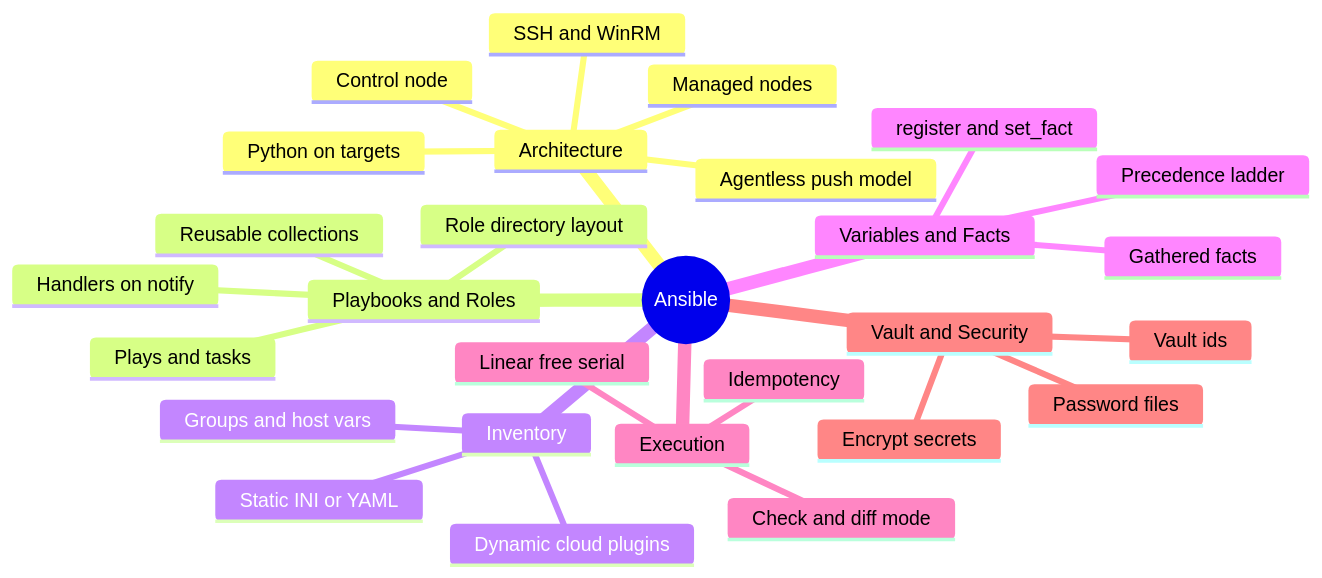
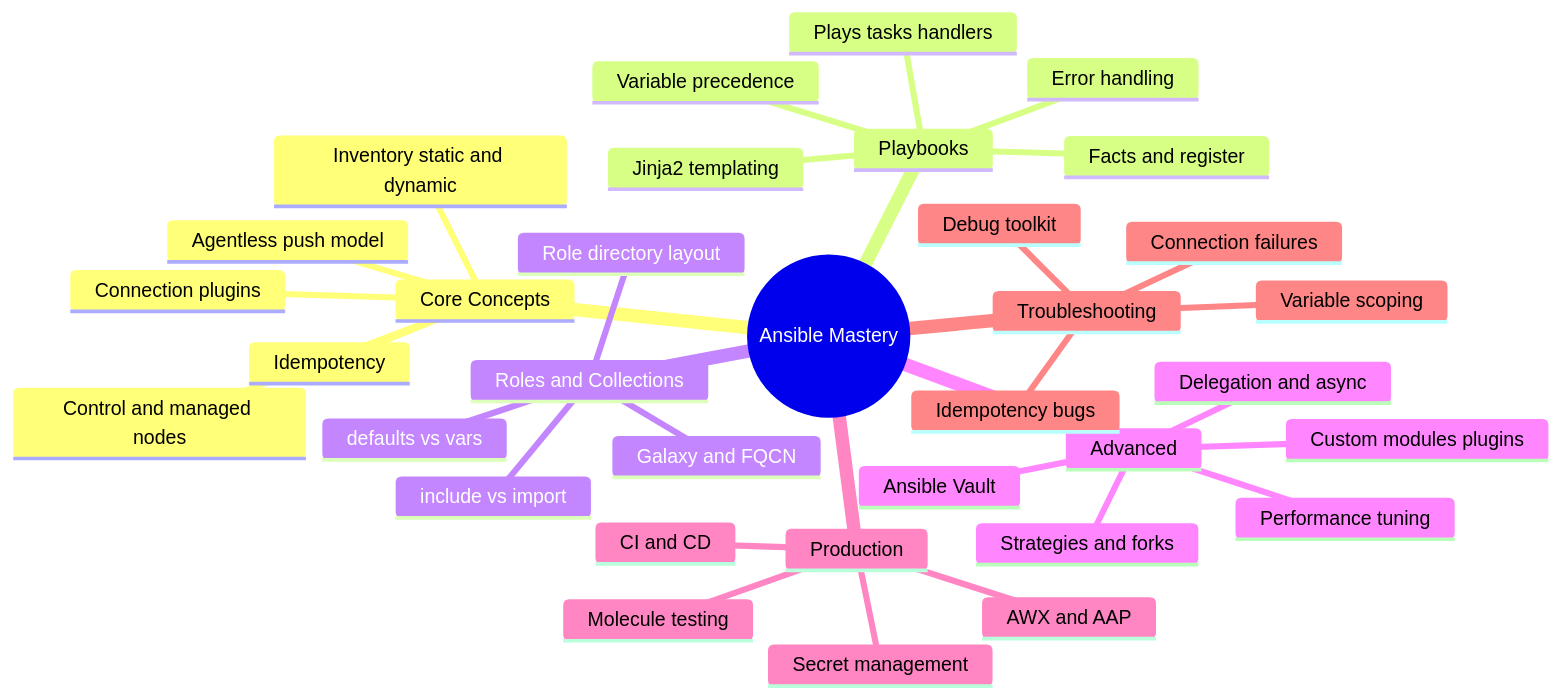
The diagram in ansible/README.md (rakesh-budde/devops-guide), drawn with Mermaid before and after one commit. The commit also changed other lines of this file and 127 other files, not shown here.

````diff
--- a/ansible/README.md
+++ b/ansible/README.md
@@ -26,31 +13,37 @@
 ```mermaid
 mindmap
-  root((Ansible))
-    Architecture
+  root((Ansible Mastery))
+    Core Concepts
       Agentless push model
-      Control node
-      Managed nodes
-      SSH and WinRM
-      Python on targets
-    Playbooks and Roles
-      Plays and tasks
-      Handlers on notify
+      Control and managed nodes
+      Connection plugins
+      Inventory static and dynamic
+      Idempotency
+    Playbooks
+      Plays tasks handlers
+      Variable precedence
+      Facts and register
+      Jinja2 templating
+      Error handling
+    Roles and Collections
       Role directory layout
-      Reusable collections
-    Inventory
-      Static INI or YAML
-      Dynamic cloud plugins
-      Groups and host vars
-    Variables and Facts
-      Precedence ladder
-      Gathered facts
-      register and set_fact
-    Execution
-      Idempotency
-      Linear free serial
-      Check and diff mode
-    Vault and Security
-      Encrypt secrets
-      Vault ids
-      Password files
+      defaults vs vars
+      include vs import
+      Galaxy and FQCN
+    Advanced
+      Strategies and forks
+      Performance tuning
+      Delegation and async
+      Ansible Vault
+      Custom modules plugins
+    Production
+      AWX and AAP
+      Molecule testing
+      CI and CD
+      Secret management
+    Troubleshooting
+      Debug toolkit
+      Connection failures
+      Idempotency bugs
+      Variable scoping
 ```
````
